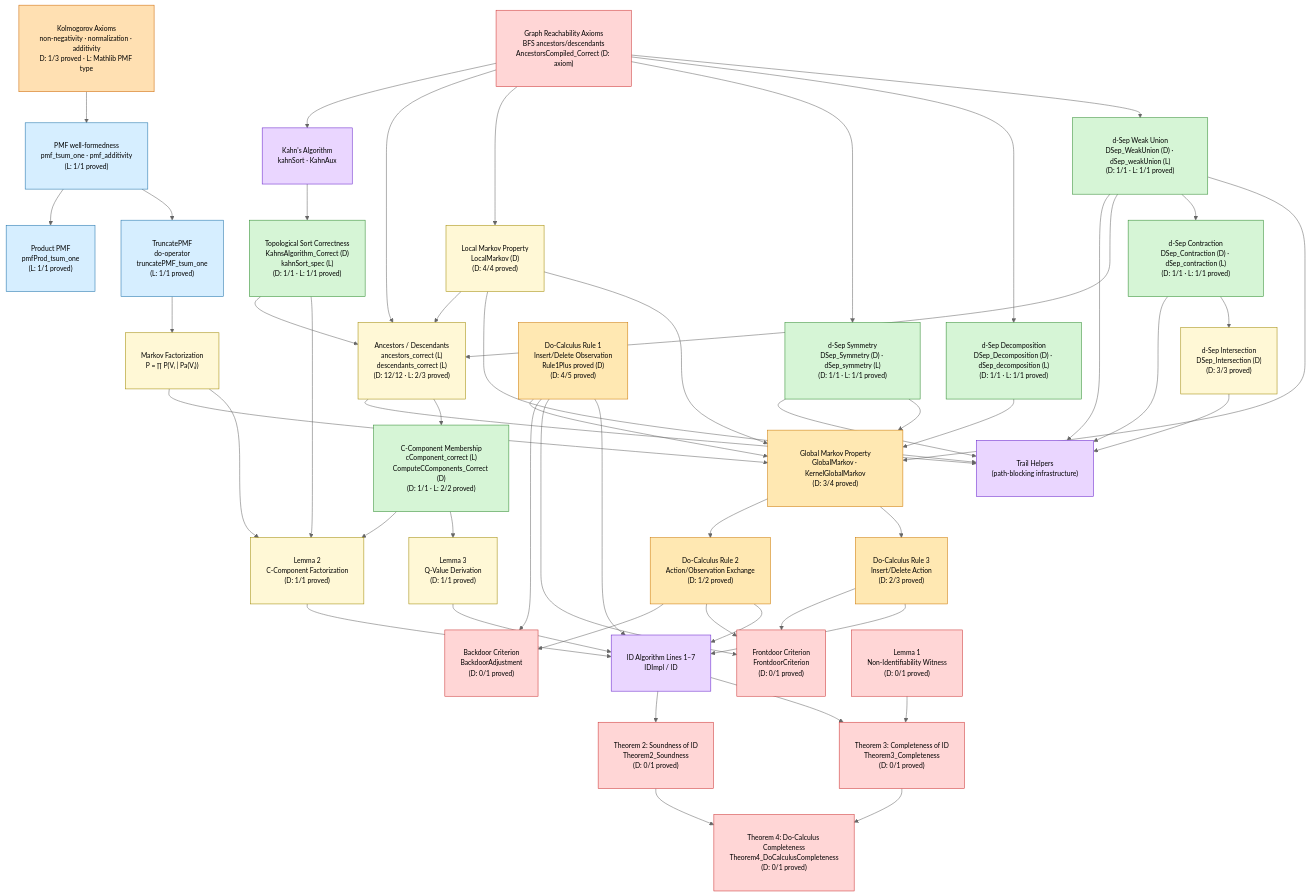
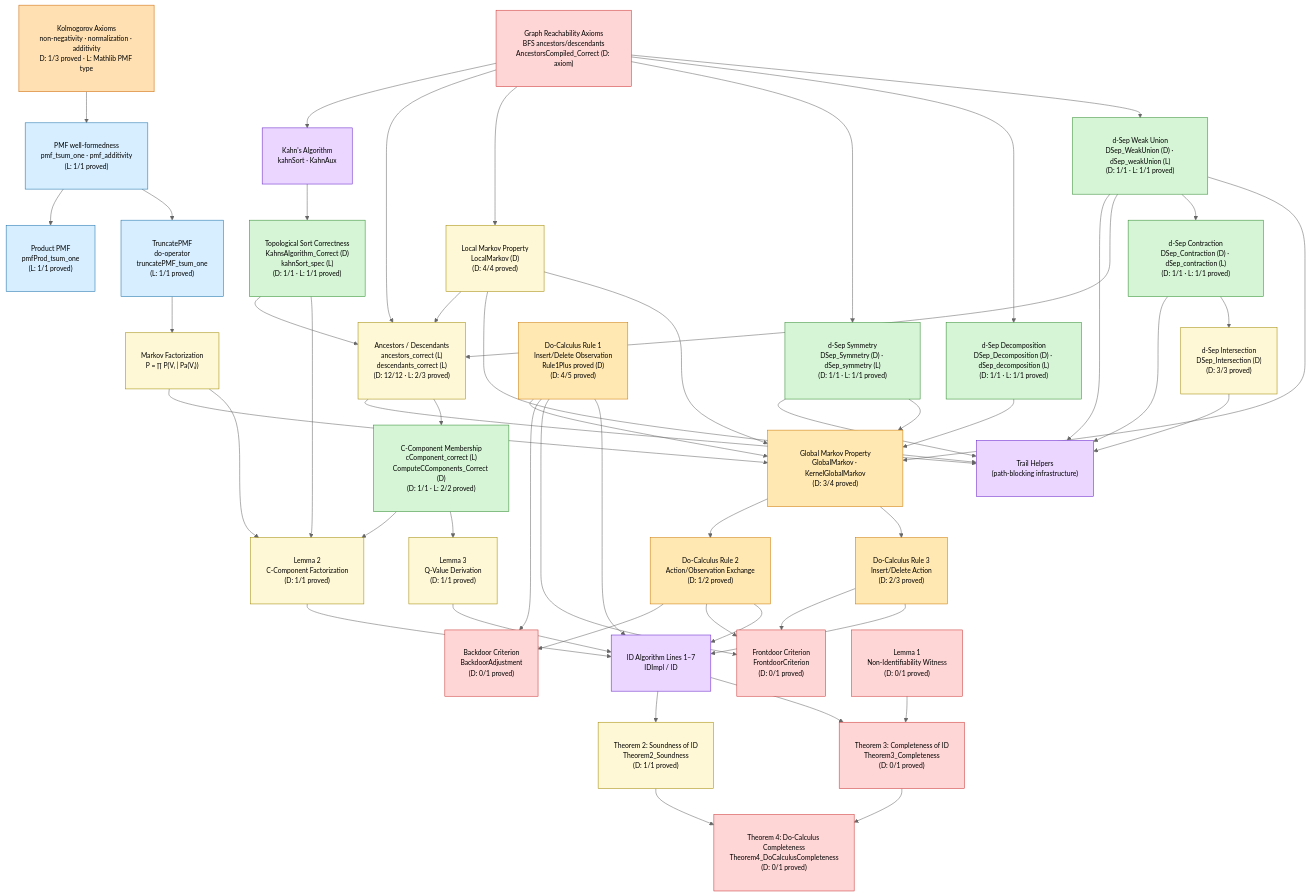
Before and after one commit to y0-causal-inference/y0: the diagram in docs/lean_and_dafny_dag.md, drawn with Mermaid (neutral theme). The commit also changed 1 other file, not shown here.

First paragraph of the commit message:
Prove Theorem2_Soundness (ID returns a valid distribution) in Dafny
Strategy: Add ensures to IDImpl and IDLine4Product directly, letting Dafny
use the native function-IH mechanism instead of external bridge lemmas.

```diff
--- a/docs/lean_and_dafny_dag.md
+++ b/docs/lean_and_dafny_dag.md
@@ -51,7 +51,7 @@
     n_SYM["d-Sep Symmetry\nDSep_Symmetry (D) · dSep_symmetry (L)
 (D: 1/1 · L: 1/1 proved)"]:::bothProved
     n_T2["Theorem 2: Soundness of ID\nTheorem2_Soundness
-(D: 0/1 proved)"]:::unproved
+(D: 1/1 proved)"]:::dafnyOnly
     n_T3["Theorem 3: Completeness of ID\nTheorem3_Completeness
 (D: 0/1 proved)"]:::unproved
     n_T4["Theorem 4: Do-Calculus Completeness\nTheorem4_DoCalculusCompleteness
```
